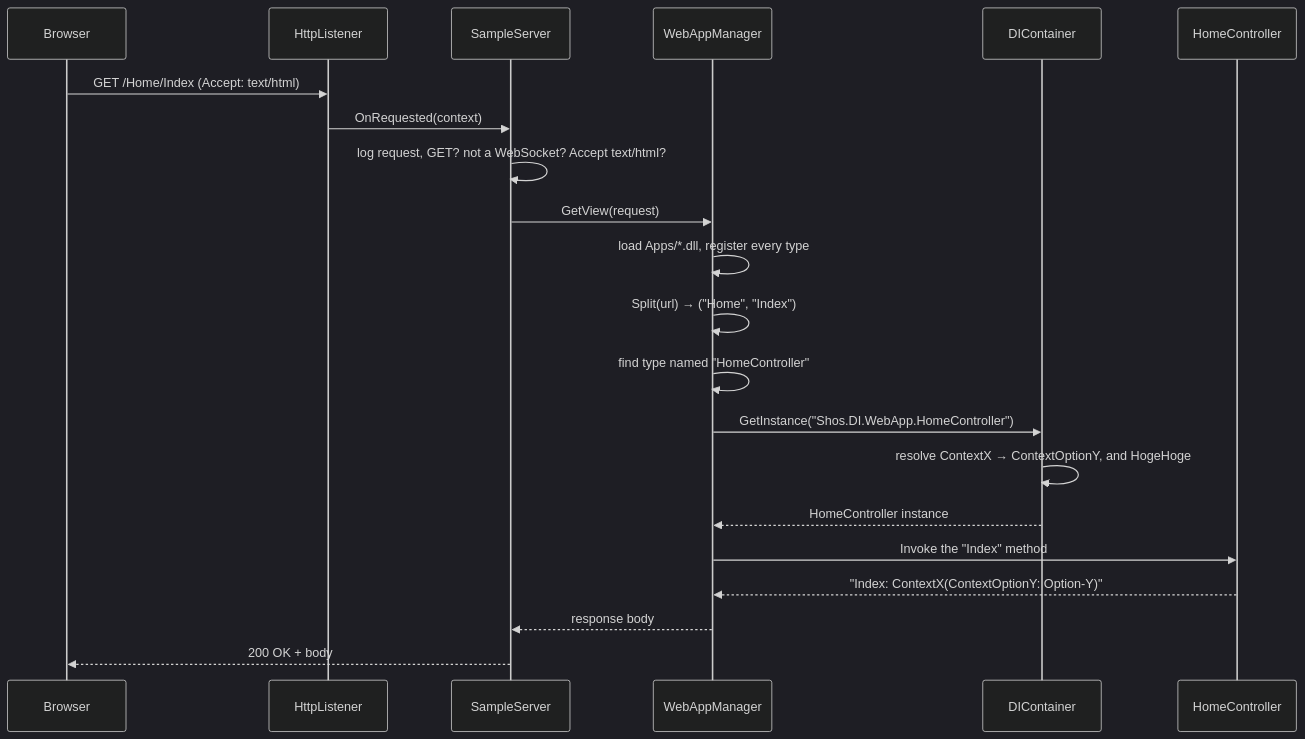
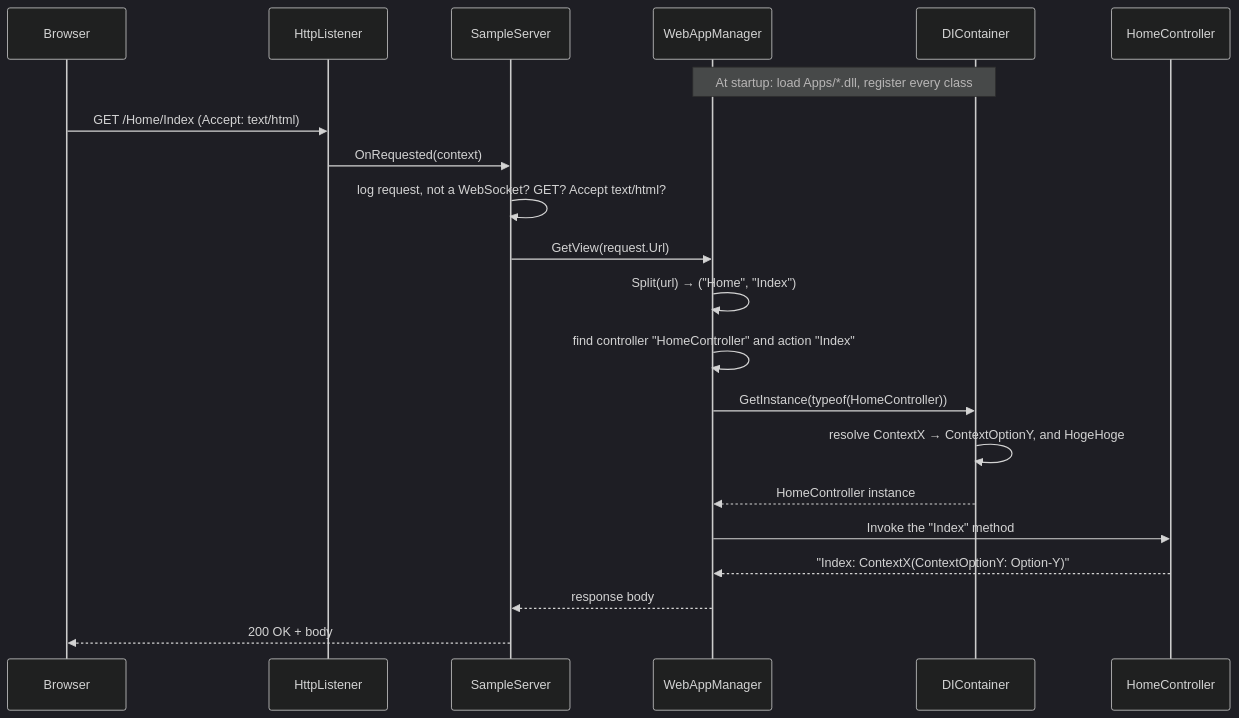
One commit to Fujiwo/Shos.DI changed the second of 2 diagrams in README.md. Above: the diagram before and after it, drawn with Mermaid (dark theme). The commit also changed other lines of this file and 27 other files, not shown here.

````diff
--- a/README.md
+++ b/README.md
@@ -228,24 +245,24 @@
 ```mermaid
 sequenceDiagram
     participant B as Browser
     participant L as HttpListener
     participant S as SampleServer
     participant M as WebAppManager
     participant C as DIContainer
     participant H as HomeController
 
+    Note over M,C: At startup: load Apps/*.dll, register every class
     B->>L: GET /Home/Index (Accept: text/html)
     L->>S: OnRequested(context)
-    S->>S: log request, GET? not a WebSocket? Accept text/html?
-    S->>M: GetView(request)
-    M->>M: load Apps/*.dll, register every type
+    S->>S: log request, not a WebSocket? GET? Accept text/html?
+    S->>M: GetView(request.Url)
     M->>M: Split(url) → ("Home", "Index")
-    M->>M: find type named "HomeController"
-    M->>C: GetInstance("Shos.DI.WebApp.HomeController")
+    M->>M: find controller "HomeController" and action "Index"
+    M->>C: GetInstance(typeof(HomeController))
     C->>C: resolve ContextX → ContextOptionY, and HogeHoge
     C-->>M: HomeController instance
     M->>H: Invoke the "Index" method
     H-->>M: "Index: ContextX(ContextOptionY: Option-Y)"
     M-->>S: response body
     S-->>B: 200 OK + body
 ```
````
